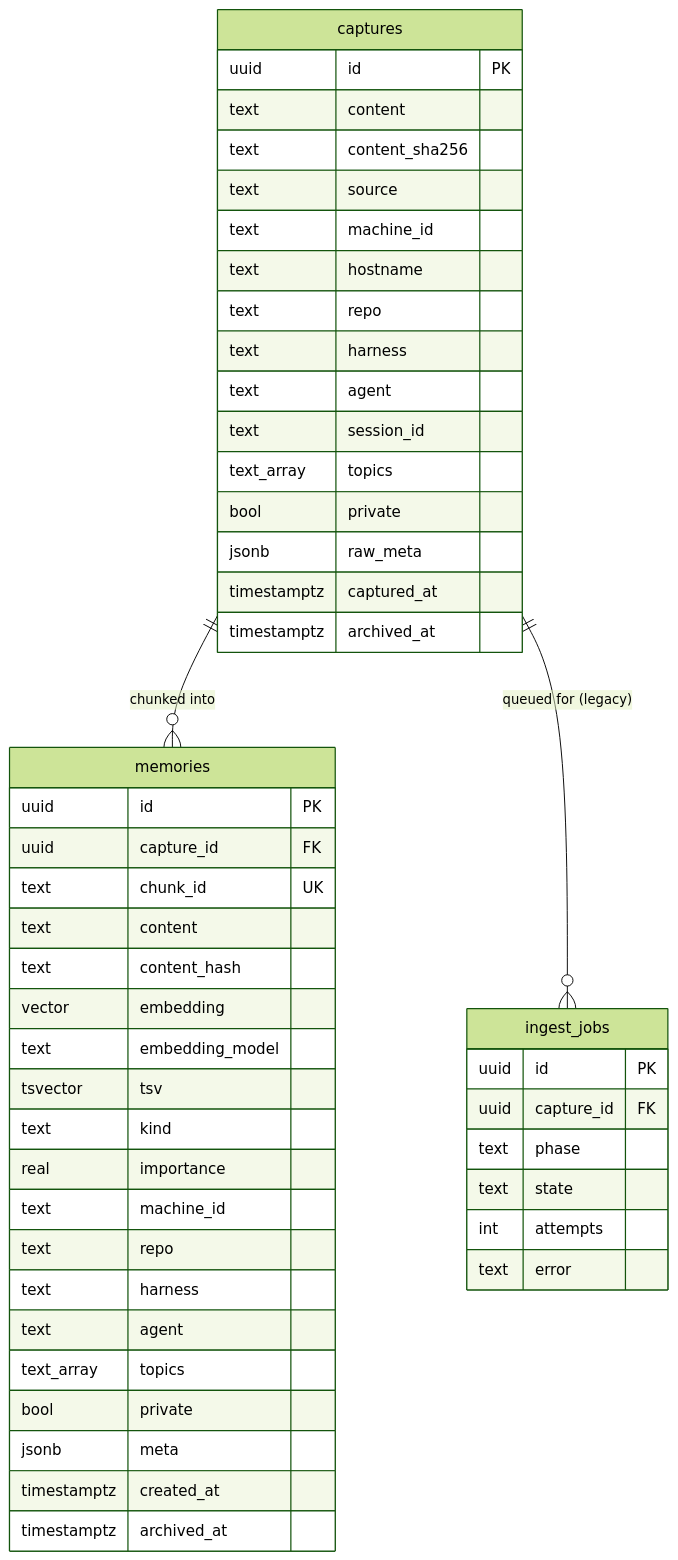
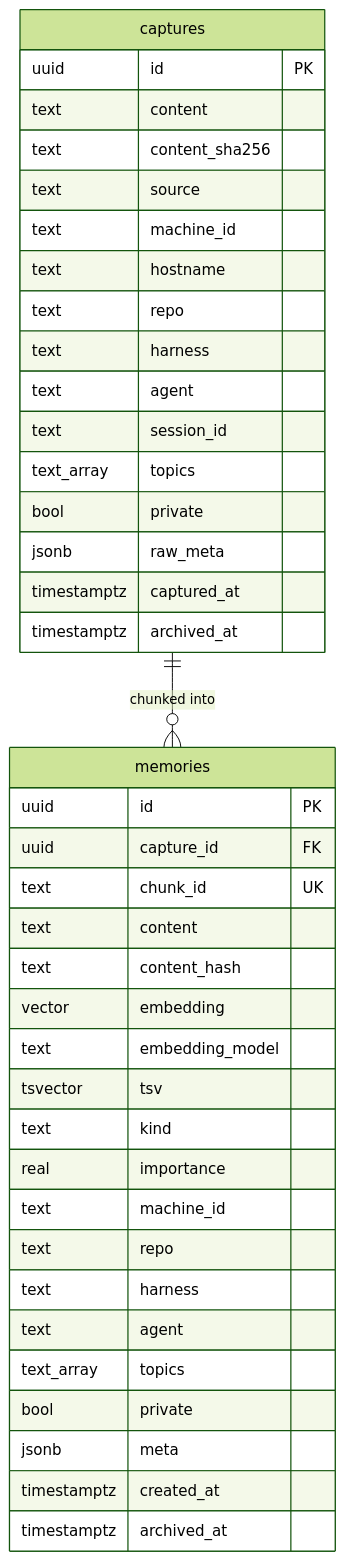
One commit to j10ra/mneme changed the diagram in docs/data-model.md. Above: the diagram before and after it, drawn with Mermaid (forest theme). The commit also changed other lines of this file and 8 other files, not shown here.

First line of the commit message:
1.0.98 (chore): drop legacy ingest_jobs table

````diff
--- a/docs/data-model.md
+++ b/docs/data-model.md
@@ -11,54 +11,45 @@
 ```mermaid
 erDiagram
     captures ||--o{ memories : "chunked into"
-    captures ||--o{ ingest_jobs : "queued for (legacy)"
 
     captures {
         uuid id PK
         text content
         text content_sha256
         text source
         text machine_id
         text hostname
         text repo
         text harness
         text agent
         text session_id
         text_array topics
         bool private
         jsonb raw_meta
         timestamptz captured_at
         timestamptz archived_at
     }
 
     memories {
         uuid id PK
         uuid capture_id FK
         text chunk_id UK
         text content
         text content_hash
         vector embedding
         text embedding_model
         tsvector tsv
         text kind
         real importance
         text machine_id
         text repo
         text harness
         text agent
         text_array topics
         bool private
         jsonb meta
         timestamptz created_at
         timestamptz archived_at
     }
 
-    ingest_jobs {
-        uuid id PK
-        uuid capture_id FK
-        text phase
-        text state
-        int attempts
-        text error
-    }
 ```
````
